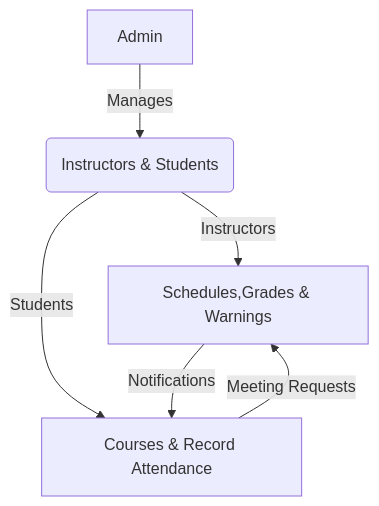
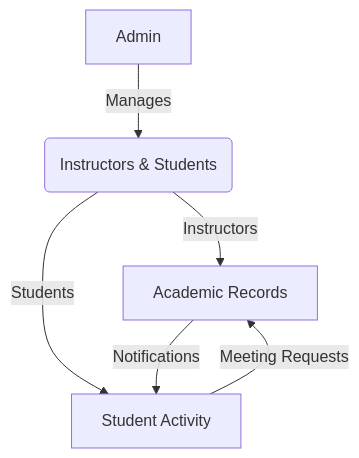
The diagram in README.md (Toqa-Ashraf8/EduFlow-System), drawn with Mermaid before and after one commit.

````diff
--- a/README.md
+++ b/README.md
@@ -30,8 +30,8 @@
 ```mermaid
 graph TD
 A[Admin] -->|Manages| B(Instructors & Students)
-B -->|Instructors| C[Schedules,Grades & Warnings]
-B -->|Students| D[Courses & Record Attendance]
+B -->|Instructors| C[Academic Records]
+B -->|Students| D[Student Activity]
 C -->|Notifications| D
 D -->|Meeting Requests| C
 ```
````
